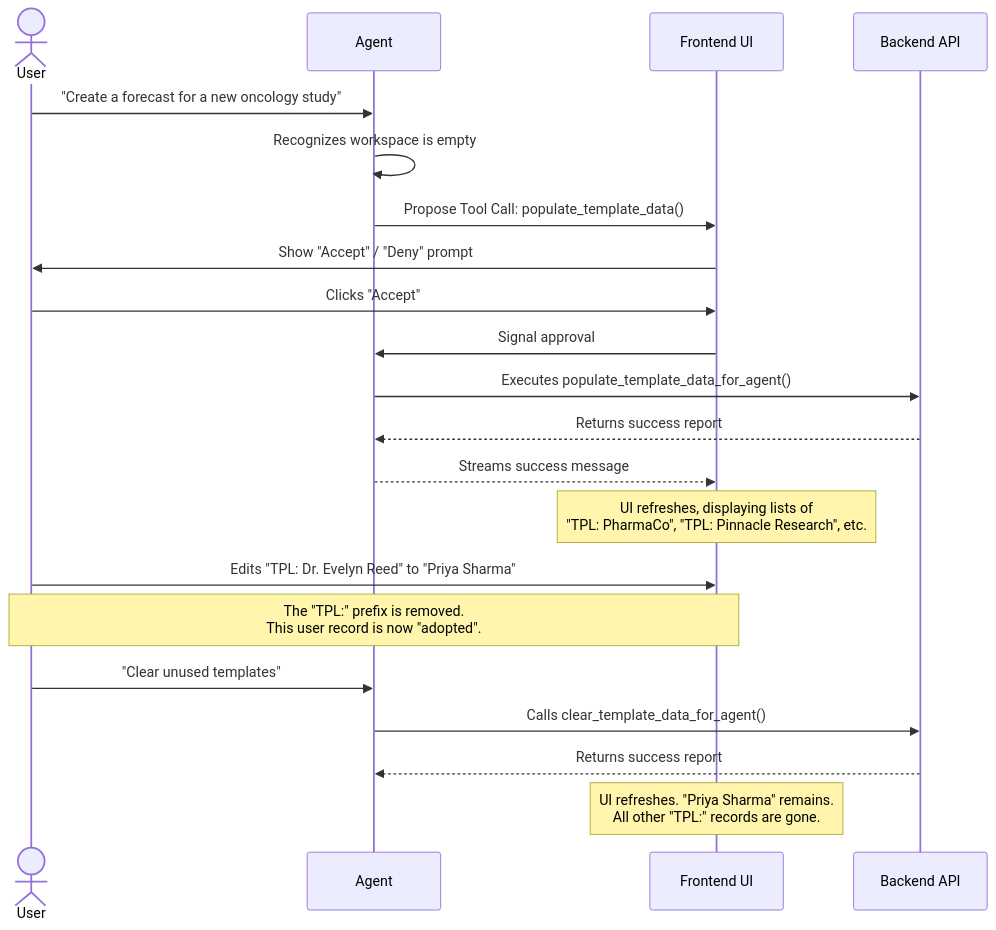
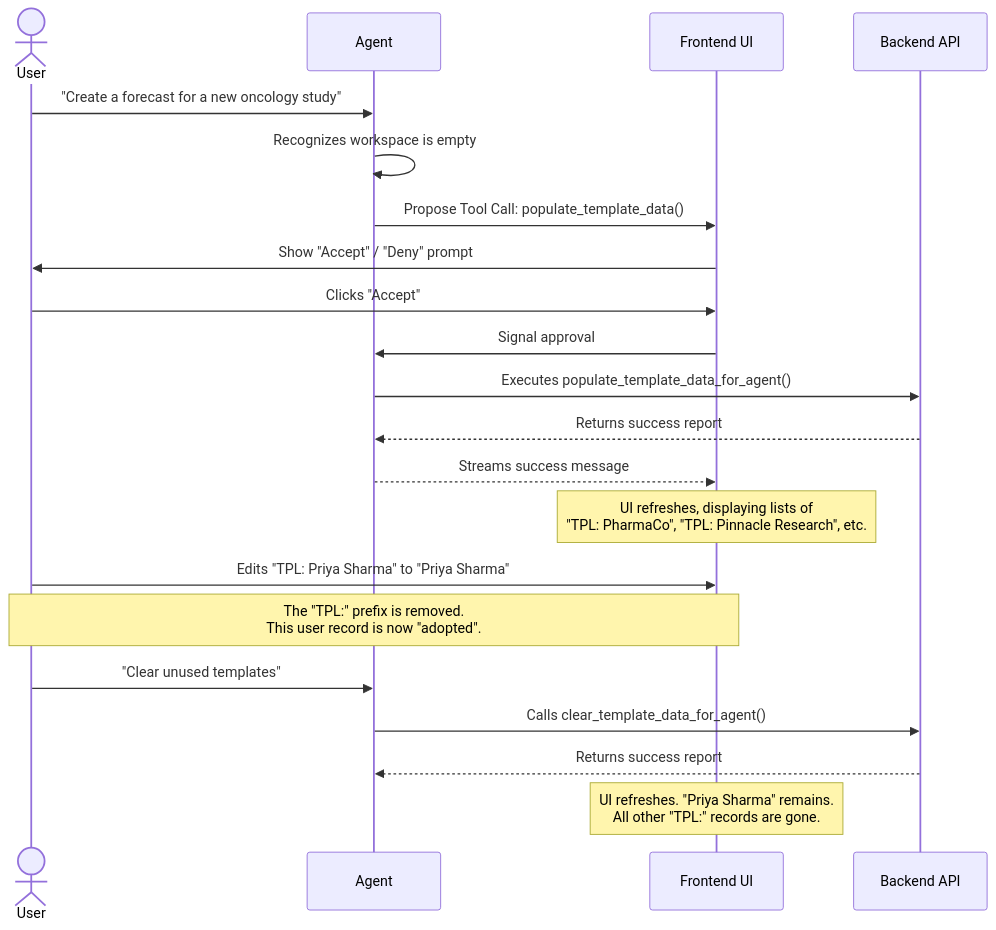
The first of 3 diagrams in README.md (ctfbio/ctfbio-ai), drawn with Mermaid before and after one commit.

````diff
--- a/README.md
+++ b/README.md
@@ -58,27 +58,27 @@
 ```mermaid
 sequenceDiagram
     actor User
     participant Agent
     participant Frontend UI
     participant Backend API
 
     User->>Agent: "Create a forecast for a new oncology study"
     Agent->>Agent: Recognizes workspace is empty
     Agent->>Frontend UI: Propose Tool Call: populate_template_data()
     Frontend UI->>User: Show "Accept" / "Deny" prompt
 
     User->>Frontend UI: Clicks "Accept"
     Frontend UI->>Agent: Signal approval
     Agent->>Backend API: Executes populate_template_data_for_agent()
     Backend API-->>Agent: Returns success report
     Agent-->>Frontend UI: Streams success message
     Note over Frontend UI: UI refreshes, displaying lists of<br/>"TPL: PharmaCo", "TPL: Pinnacle Research", etc.
 
-    User->>Frontend UI: Edits "TPL: Dr. Evelyn Reed" to "Priya Sharma"
+    User->>Frontend UI: Edits "TPL: Priya Sharma" to "Priya Sharma"
     Note over User, Frontend UI: The "TPL:" prefix is removed.<br/>This user record is now "adopted".
 
     User->>Agent: "Clear unused templates"
     Agent->>Backend API: Calls clear_template_data_for_agent()
     Backend API-->>Agent: Returns success report
     Note over Frontend UI: UI refreshes. "Priya Sharma" remains.<br/>All other "TPL:" records are gone.
 ```
````
